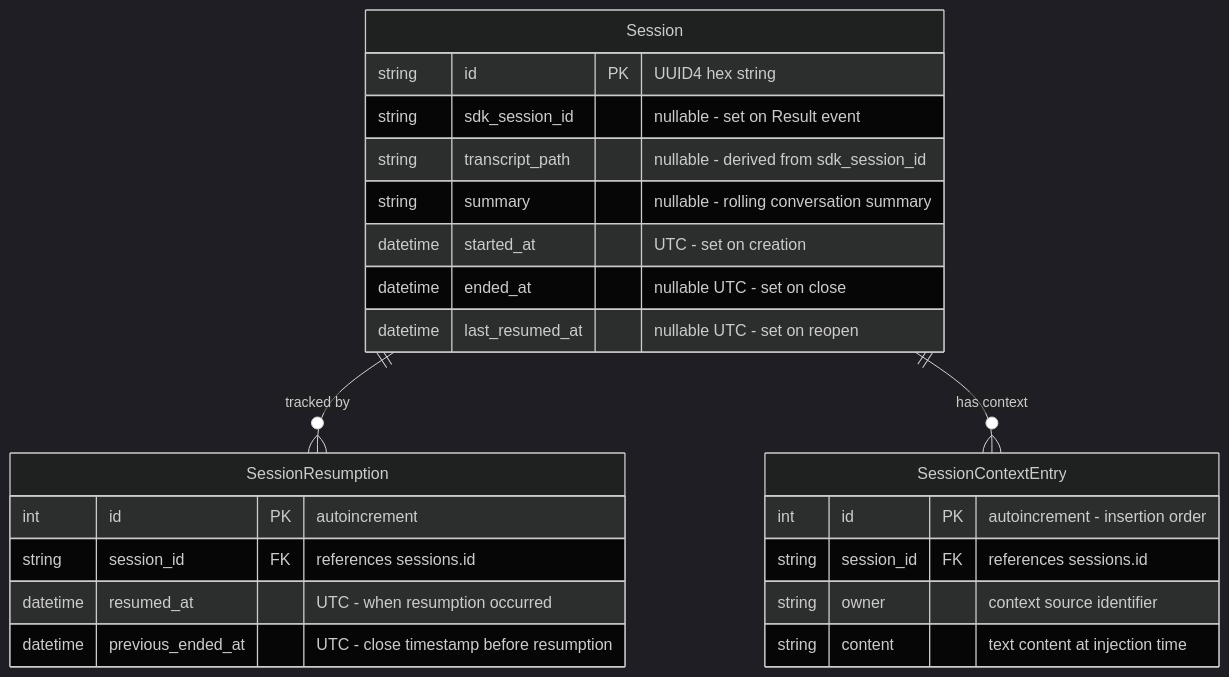
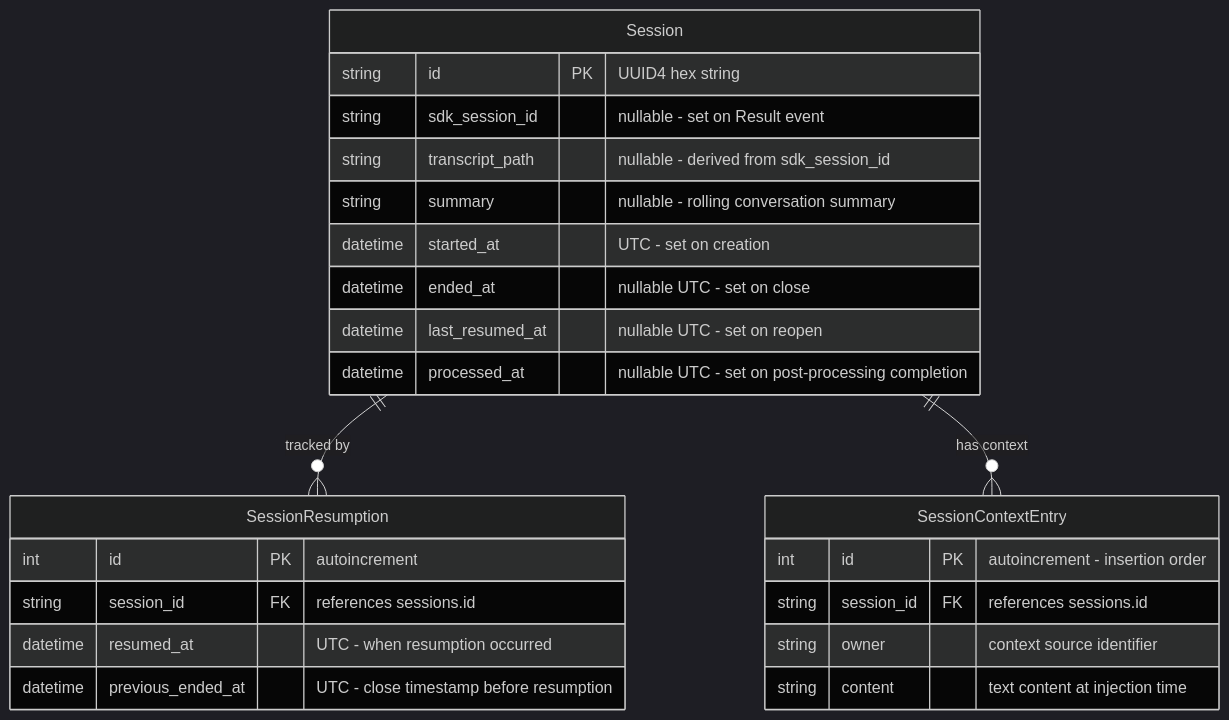
Before and after one commit to asermax/tachikoma: the second of 2 diagrams in docs/feature-designs/agent/sessions.md, drawn with Mermaid (dark theme). The commit also changed other lines of this file and 3 other files, not shown here.

First line of the commit message:
docs(sessions): update feature docs for idle post-processing behavior

````diff
--- a/docs/feature-designs/agent/sessions.md
+++ b/docs/feature-designs/agent/sessions.md
@@ -144,26 +145,27 @@
 ```mermaid
 erDiagram
     Session ||--o{ SessionResumption : "tracked by"
     Session ||--o{ SessionContextEntry : "has context"
     Session {
         string id PK "UUID4 hex string"
         string sdk_session_id "nullable - set on Result event"
         string transcript_path "nullable - derived from sdk_session_id"
         string summary "nullable - rolling conversation summary"
         datetime started_at "UTC - set on creation"
         datetime ended_at "nullable UTC - set on close"
         datetime last_resumed_at "nullable UTC - set on reopen"
+        datetime processed_at "nullable UTC - set on post-processing completion"
     }
     SessionResumption {
         int id PK "autoincrement"
         string session_id FK "references sessions.id"
         datetime resumed_at "UTC - when resumption occurred"
         datetime previous_ended_at "UTC - close timestamp before resumption"
     }
     SessionContextEntry {
         int id PK "autoincrement - insertion order"
         string session_id FK "references sessions.id"
         string owner "context source identifier"
         string content "text content at injection time"
     }
 ```
````
